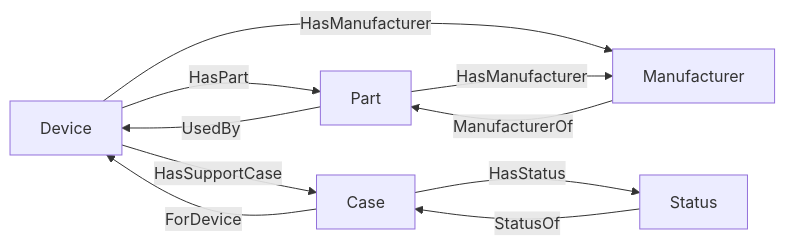
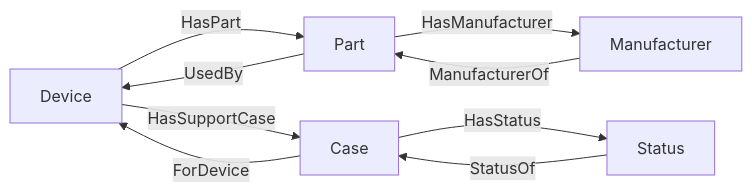
The diagram in README.md (curiosity-ai/technical-support), drawn with Mermaid before and after one commit.

Commit message:
Remove Device to Manufacturer relationship
Removed the relationship between Device and Manufacturer.

````diff
--- a/README.md
+++ b/README.md
@@ -85,24 +85,23 @@
 ```mermaid
 graph LR
 
     %% Nodes
     Device["Device"]
     Part["Part"]
     SupportCase["Case"]
     Status["Status"]
     Manufacturer["Manufacturer"]
 
     Device -->|HasPart| Part
     Device -->|HasSupportCase| SupportCase
-    Device -->|HasManufacturer| Manufacturer
 
     Part -->|UsedBy| Device
     Part -->|HasManufacturer| Manufacturer
 
     SupportCase -->|ForDevice| Device
     SupportCase -->|HasStatus| Status
 
     Status -->|StatusOf| SupportCase
 
     Manufacturer -->|ManufacturerOf| Part
 ```
````
